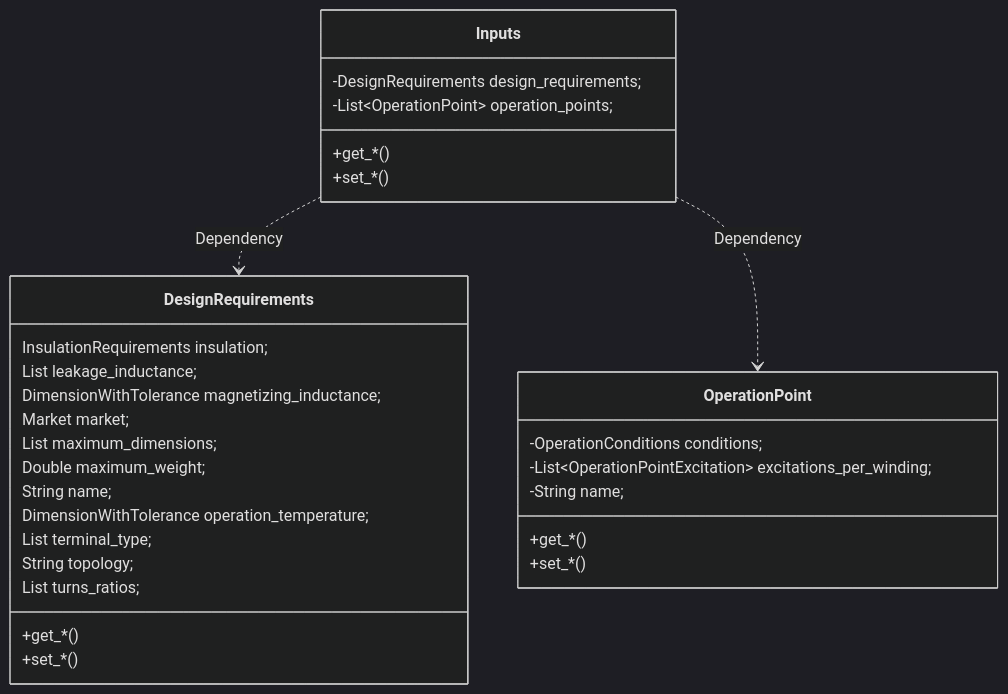
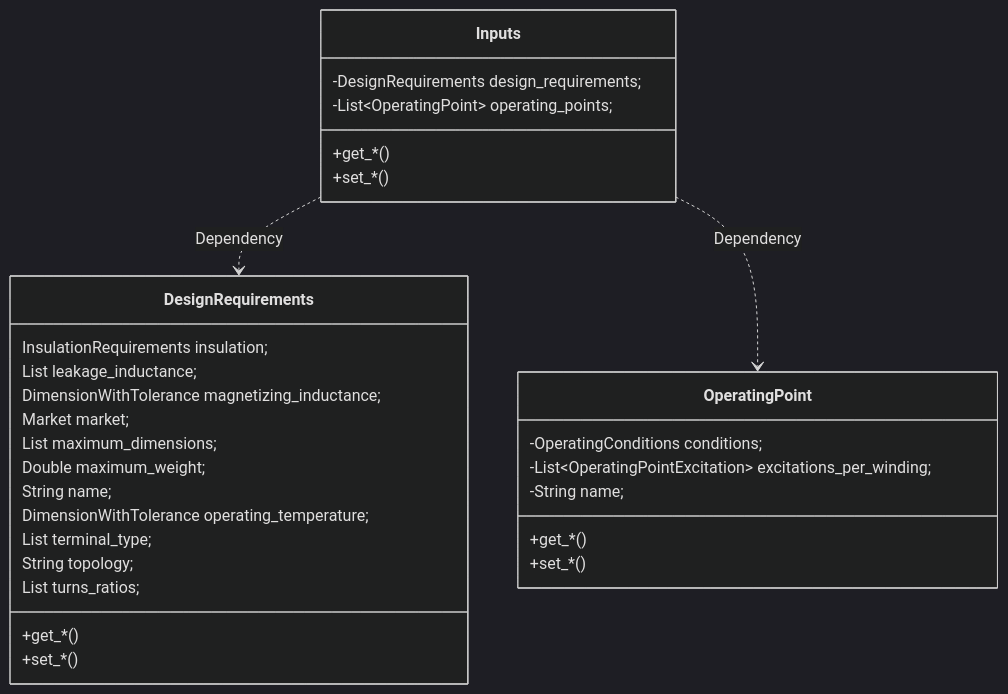
One commit to OpenMagnetics/MAS changed the first of 4 diagrams in docs/inputs.md. Above: the diagram before and after it, drawn with Mermaid (dark theme). The commit also changed other lines of this file and 12 other files, not shown here.

Commit message:
Renamed Operation to Operating, and EletromagneticParameter to SignalDescriptor

````diff
--- a/docs/inputs.md
+++ b/docs/inputs.md
@@ -7,44 +7,44 @@
 ```mermaid
 classDiagram
 
 class Inputs {
     
     -DesignRequirements design_requirements;
-    -List~OperationPoint~ operation_points;
+    -List~OperatingPoint~ operating_points;
 
     +get_*()
     +set_*()
     
 }
 Inputs ..> DesignRequirements : Dependency
-Inputs ..> OperationPoint : Dependency
+Inputs ..> OperatingPoint : Dependency
 
 class DesignRequirements {
 
     InsulationRequirements insulation;
     List<DimensionWithTolerance> leakage_inductance;
     DimensionWithTolerance magnetizing_inductance;
     Market market;
     List<Double> maximum_dimensions;
     Double maximum_weight;
     String name;
-    DimensionWithTolerance operation_temperature;
+    DimensionWithTolerance operating_temperature;
     List<TerminalType> terminal_type;
     String topology;
     List<DimensionWithTolerance> turns_ratios;
 
     +get_*()
     +set_*()
 }
 
-class OperationPoint {
+class OperatingPoint {
 
-    -OperationConditions conditions;
-    -List~OperationPointExcitation~ excitations_per_winding;
+    -OperatingConditions conditions;
+    -List~OperatingPointExcitation~ excitations_per_winding;
     -String name;
 
     +get_*()
     +set_*()
 }
 
 ```
````
